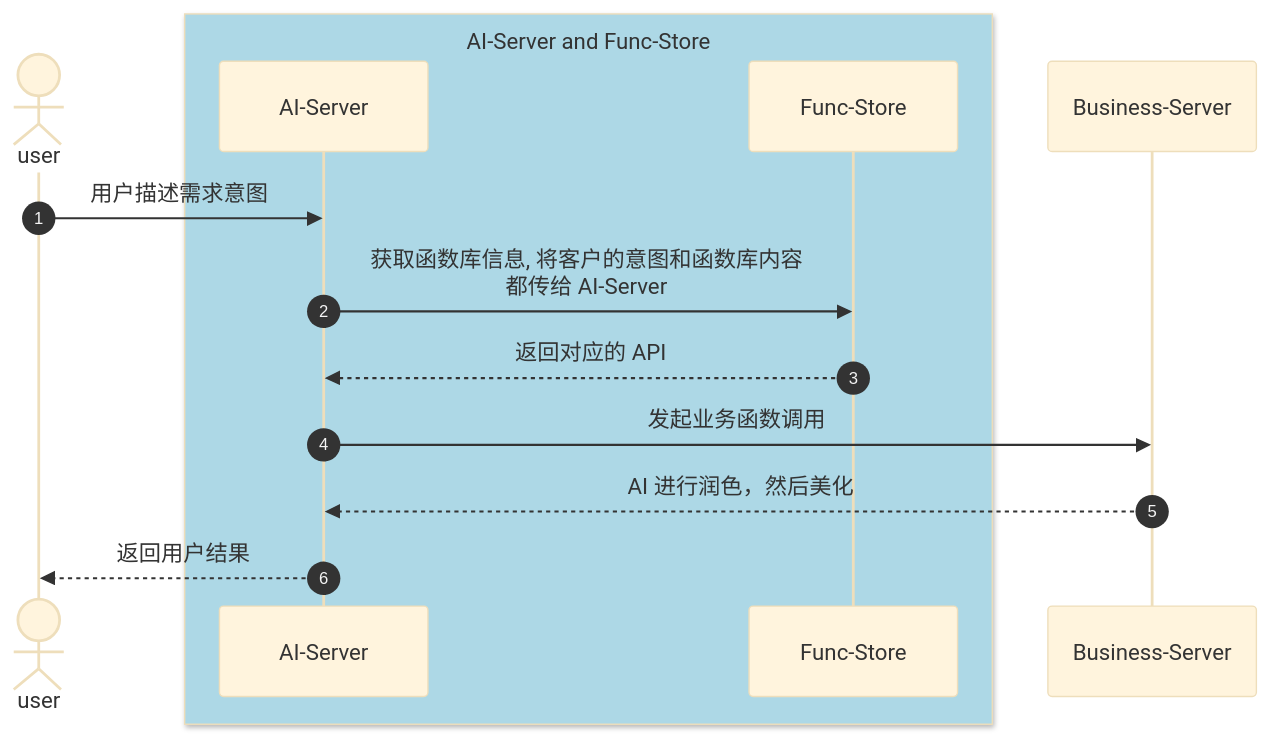
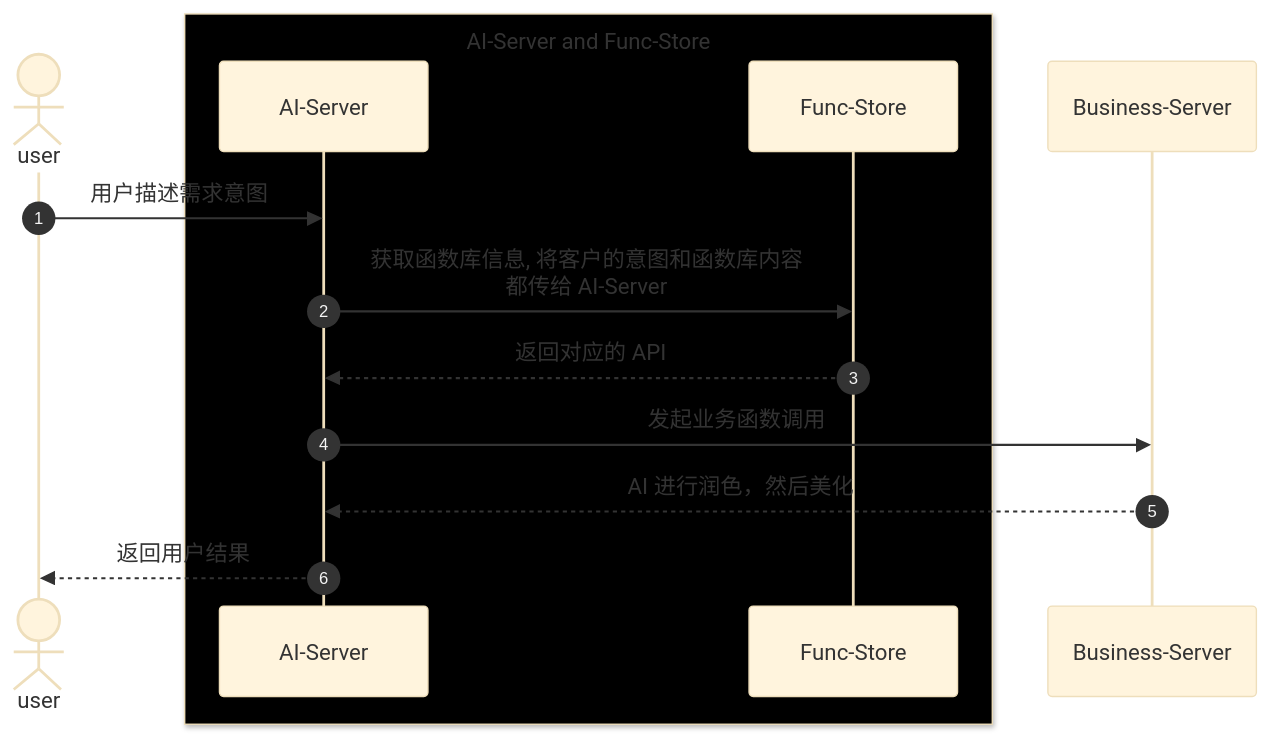
Before and after one commit to blueair5/spring-ai: the diagram in src/main/docs/spring-ai/ChatClient.md, drawn with Mermaid (base theme). The commit also changed other lines of this file and 4 other files, not shown here.

````diff
--- a/src/main/docs/spring-ai/ChatClient.md
+++ b/src/main/docs/spring-ai/ChatClient.md
@@ -5,22 +5,22 @@
 ```mermaid
 sequenceDiagram
     autonumber
     actor user
 
-    box lightblue AI-Server and Func-Store
+    box black AI-Server and Func-Store
     participant AI-Server
     participant Func-Store
     end
 
     participant Business-Server
 
     user ->> AI-Server: 用户描述需求意图
     AI-Server ->> Func-Store: 获取函数库信息, 将客户的意图和函数库内容 <br/> 都传给 AI-Server
     Func-Store -->> AI-Server: 返回对应的 API
 
 
     AI-Server ->> Business-Server: 发起业务函数调用
     Business-Server -->> AI-Server: AI 进行润色，然后美化
 
     AI-Server -->> user: 返回用户结果
 ```
````
